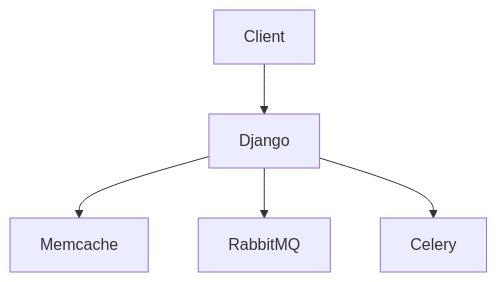
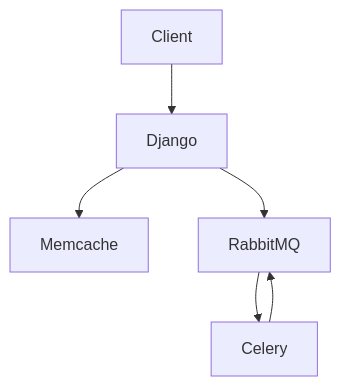
The diagram in README.md (Jobhdez/linear-social), drawn with Mermaid before and after one commit.

````diff
--- a/README.md
+++ b/README.md
@@ -84,7 +84,9 @@
 ```mermaid
 graph TD;
     Client-->Django;
     Django-->Memcache;
     Django-->RabbitMQ;
-    Django-->Celery;
+    RabbitMQ-->Celery;
+    Celery-->RabbitMQ;
+    
 ```
````
